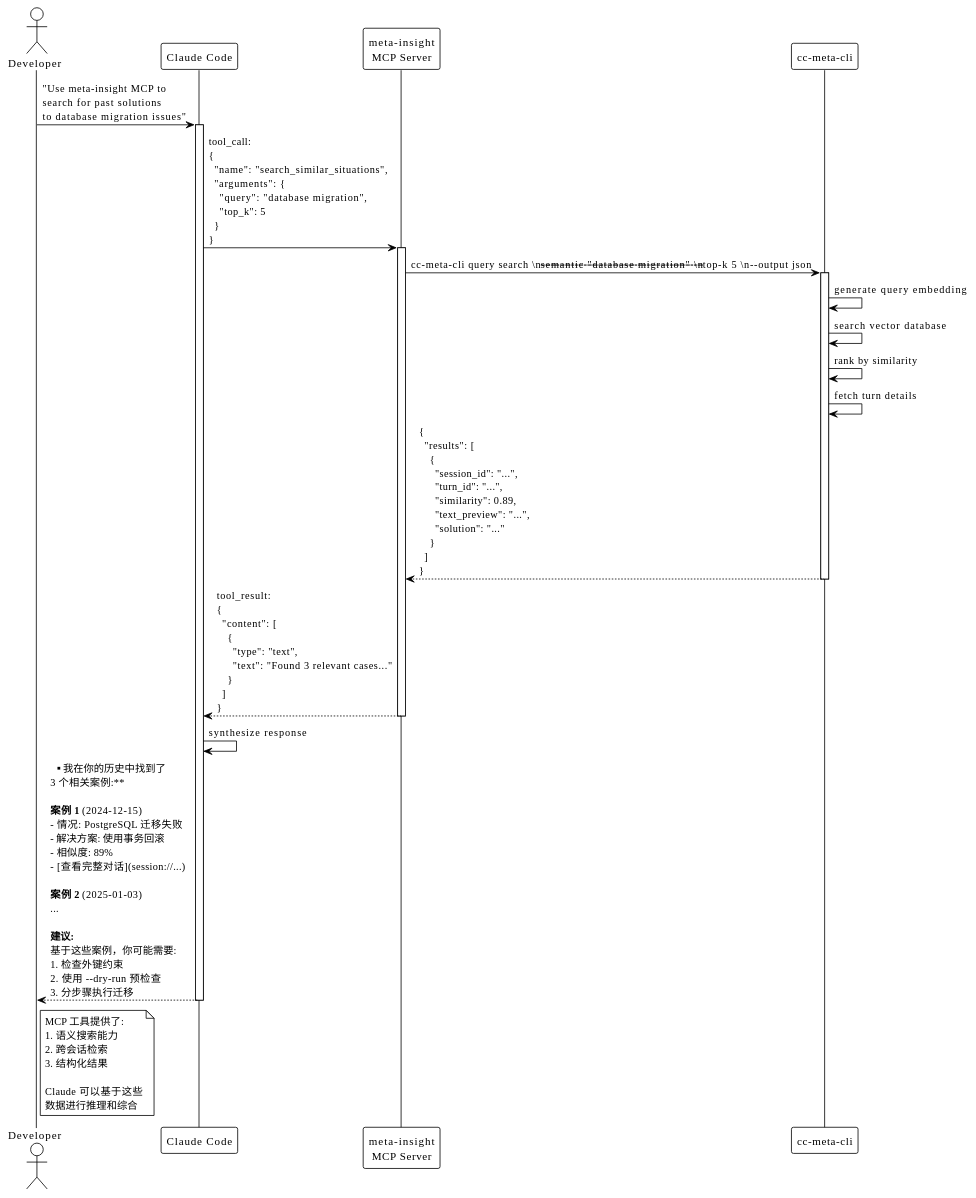
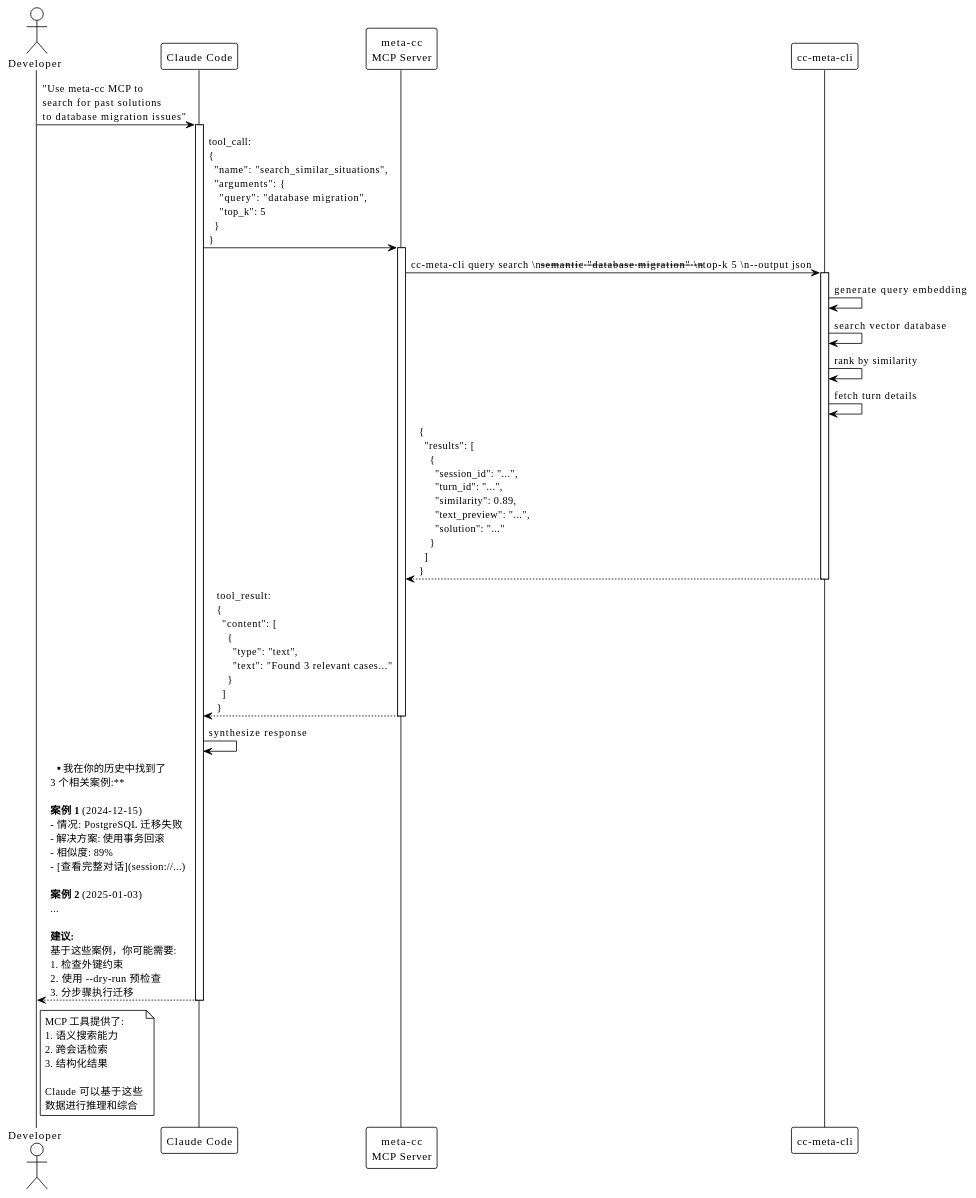
One commit to yaleh/meta-cc changed diagram 17 of 20 in docs/proposals/candidates/proposal_2.md. Above: the diagram before and after it, drawn with PlantUML. The commit also changed other lines of this file and 23 other files, not shown here.

First line of the commit message:
refactor: rename meta-insight to meta-cc in docs and agents

````diff
--- a/docs/proposals/candidates/proposal_2.md
+++ b/docs/proposals/candidates/proposal_2.md
@@ -1607,48 +1607,48 @@
 ```plantuml
 @startuml
 !theme plain
 
 actor Developer as Dev
 participant "Claude Code" as CC
-participant "meta-insight\nMCP Server" as MCP
+participant "meta-cc\nMCP Server" as MCP
 participant "cc-meta-cli" as CLI
 
-Dev -> CC : "Use meta-insight MCP to\nsearch for past solutions\nto database migration issues"
+Dev -> CC : "Use meta-cc MCP to\nsearch for past solutions\nto database migration issues"
 
 activate CC
 
 CC -> MCP : tool_call:\n{\n  "name": "search_similar_situations",\n  "arguments": {\n    "query": "database migration",\n    "top_k": 5\n  }\n}
 activate MCP
 
 MCP -> CLI : cc-meta-cli query search \\n--semantic "database migration" \\n--top-k 5 \\n--output json
 activate CLI
 
 CLI -> CLI : generate query embedding
 CLI -> CLI : search vector database
 CLI -> CLI : rank by similarity
 CLI -> CLI : fetch turn details
 
 CLI --> MCP : {\n  "results": [\n    {\n      "session_id": "...",\n      "turn_id": "...",\n      "similarity": 0.89,\n      "text_preview": "...",\n      "solution": "..."\n    }\n  ]\n}
 deactivate CLI
 
 MCP --> CC : tool_result:\n{\n  "content": [\n    {\n      "type": "text",\n      "text": "Found 3 relevant cases..."\n    }\n  ]\n}
 deactivate MCP
 
 CC -> CC : synthesize response
 
 CC --> Dev : **我在你的历史中找到了\n3 个相关案例:**\n\n**案例 1** (2024-12-15)\n- 情况: PostgreSQL 迁移失败\n- 解决方案: 使用事务回滚\n- 相似度: 89%\n- [查看完整对话](session://...)\n\n**案例 2** (2025-01-03)\n...\n\n**建议:**\n基于这些案例，你可能需要:\n1. 检查外键约束\n2. 使用 --dry-run 预检查\n3. 分步骤执行迁移
 
 deactivate CC
 
 note right of Dev
   MCP 工具提供了:
   1. 语义搜索能力
   2. 跨会话检索
   3. 结构化结果
   
   Claude 可以基于这些
   数据进行推理和综合
 end note
 
 @enduml
 ```
````
